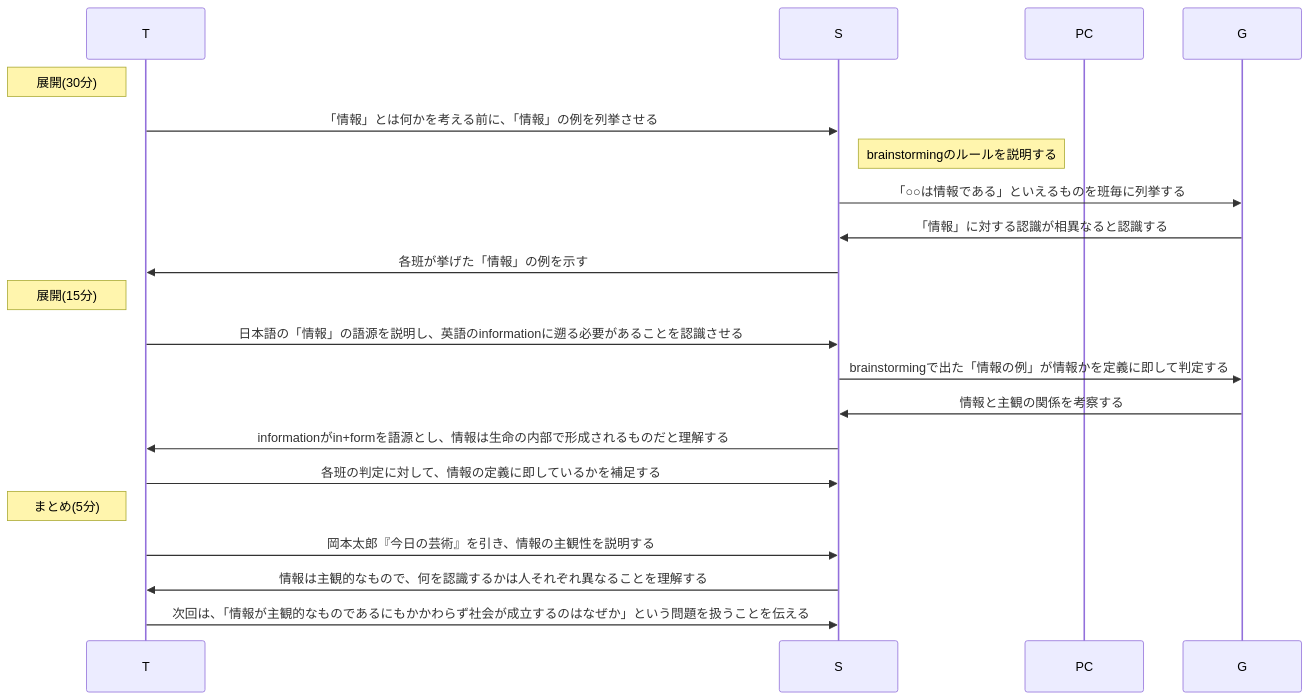
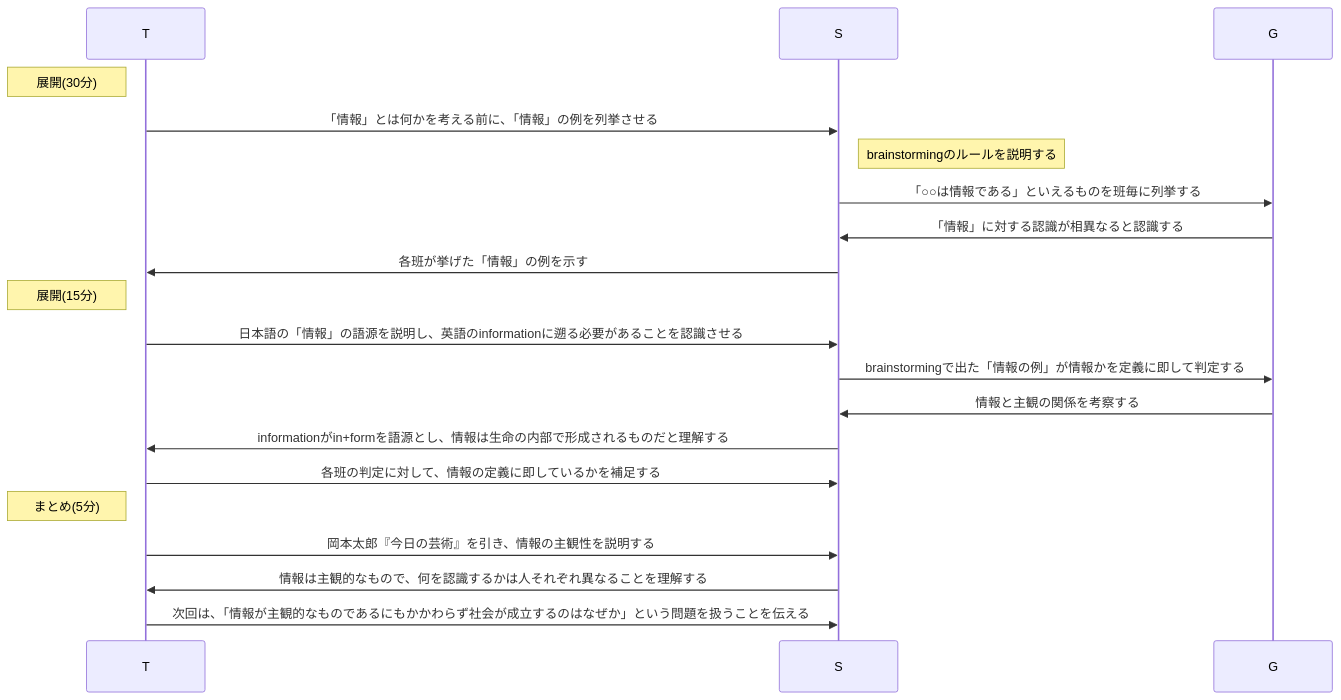
One commit to saireya/plan-informatics changed the second of 2 diagrams in information/info/README.md. Above: the diagram before and after it, drawn with Mermaid.

Commit message:
Removed unused participate

````diff
--- a/information/info/README.md
+++ b/information/info/README.md
@@ -66,25 +66,25 @@
 ```mermaid
 sequenceDiagram
 	participant T
 	participant S
-	participant PC
+	participant G
 
 Note left of T: 展開(30分)
 	T->>S: 「情報」とは何かを考える前に、「情報」の例を列挙させる
 	Note right of S: brainstormingのルールを説明する
 	S->>G: 「○○は情報である」といえるものを班毎に列挙する
 	G->>S: 「情報」に対する認識が相異なると認識する
 	S->>T: 各班が挙げた「情報」の例を示す
 
 Note left of T: 展開(15分)
 	T->>S: 日本語の「情報」の語源を説明し、英語のinformationに遡る必要があることを認識させる
 	S->>G: brainstormingで出た「情報の例」が情報かを定義に即して判定する
 	G->>S: 情報と主観の関係を考察する
 	S->>T: informationがin+formを語源とし、情報は生命の内部で形成されるものだと理解する
 	T->>S: 各班の判定に対して、情報の定義に即しているかを補足する
 
 Note left of T: まとめ(5分)
 	T->>S: 岡本太郎『今日の芸術』を引き、情報の主観性を説明する
 	S->>T: 情報は主観的なもので、何を認識するかは人それぞれ異なることを理解する
 	T->>S: 次回は、「情報が主観的なものであるにもかかわらず社会が成立するのはなぜか」という問題を扱うことを伝える
 ```
````
